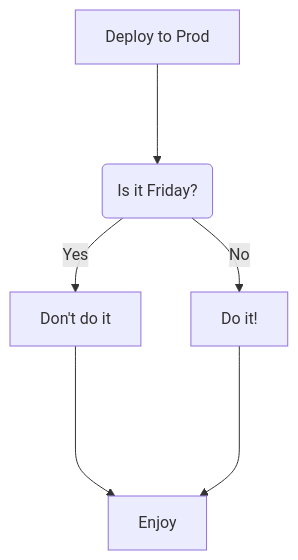
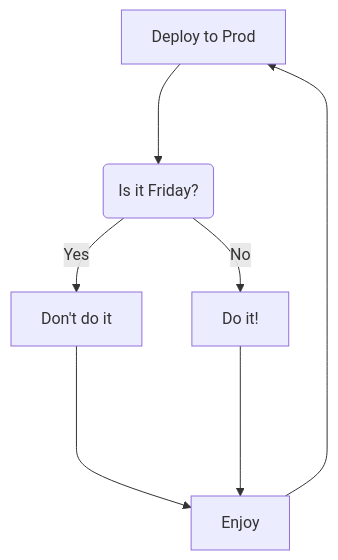
One commit to lloydwaddell/test1 changed the diagram in README.md. Above: the diagram before and after it, drawn with Mermaid.

`````diff
--- a/README.md
+++ b/README.md
@@ -4,8 +4,9 @@
 ```mermaid
 flowchart TD
   A[Deploy to Prod] ---> B(Is it Friday?);
   B -- Yes --> C[Don't do it];
   B -- No --> D[Do it!];
   C ----> E[Enjoy];
   D ----> E[Enjoy];
+  E --> A;
 ````
`````
